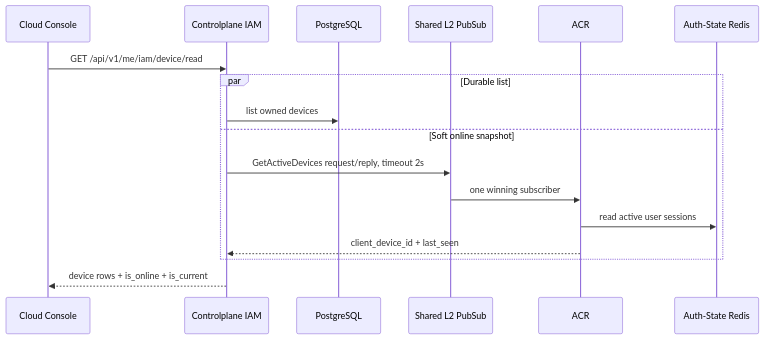
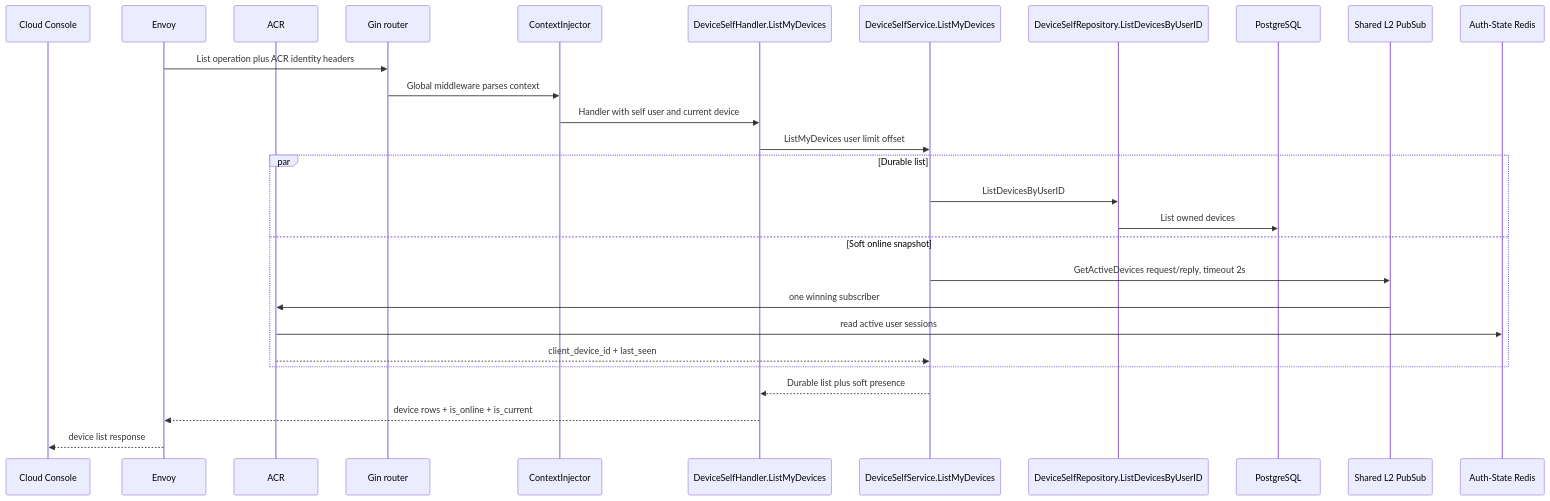
One commit to phucle996/aurora changed the second of 3 diagrams in god_view/iam/device_session_revocation_god_view_workflow.md. Above: the diagram before and after it, drawn with Mermaid. The commit also changed other lines of this file and 165 other files, not shown here.

````diff
--- a/god_view/iam/device_session_revocation_god_view_workflow.md
+++ b/god_view/iam/device_session_revocation_god_view_workflow.md
@@ -34,20 +88,31 @@
 ```mermaid
 sequenceDiagram
     participant UI as Cloud Console
-    participant CP as Controlplane IAM
+    participant E as Envoy
+    participant A as ACR
+    participant G as Gin router
+    participant M as ContextInjector
+    participant H as DeviceSelfHandler.ListMyDevices
+    participant S as DeviceSelfService.ListMyDevices
+    participant Repo as DeviceSelfRepository.ListDevicesByUserID
     participant DB as PostgreSQL
     participant SR as Shared L2 PubSub
-    participant ACR
     participant AR as Auth-State Redis
 
-    UI->>CP: GET /api/v1/me/iam/device/read
+    E->>G: List operation plus ACR identity headers
+    G->>M: Global middleware parses context
+    M->>H: Handler with self user and current device
+    H->>S: ListMyDevices user limit offset
     par Durable list
-        CP->>DB: list owned devices
+        S->>Repo: ListDevicesByUserID
+        Repo->>DB: List owned devices
     and Soft online snapshot
-        CP->>SR: GetActiveDevices request/reply, timeout 2s
-        SR->>ACR: one winning subscriber
-        ACR->>AR: read active user sessions
-        ACR-->>CP: client_device_id + last_seen
+        S->>SR: GetActiveDevices request/reply, timeout 2s
+        SR->>A: one winning subscriber
+        A->>AR: read active user sessions
+        A-->>S: client_device_id + last_seen
     end
-    CP-->>UI: device rows + is_online + is_current
+    S-->>H: Durable list plus soft presence
+    H-->>E: device rows + is_online + is_current
+    E-->>UI: device list response
 ```
````
